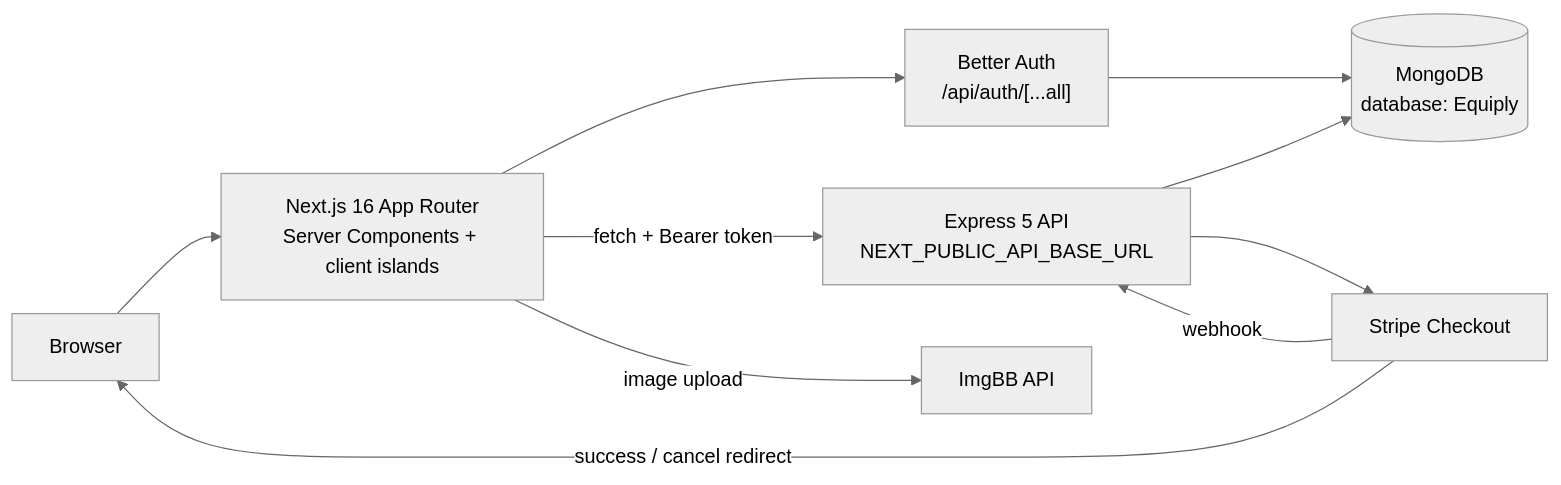
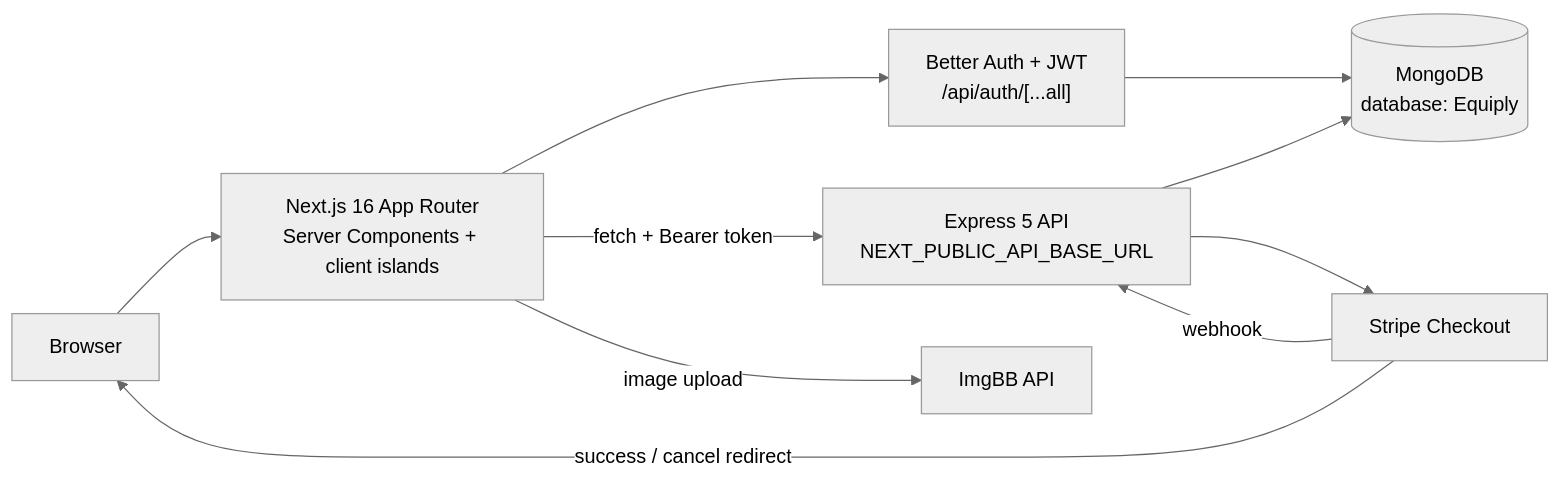
One commit to mdmoshiurrahman-dev/equiply-client changed the first of 2 diagrams in README.md. Above: the diagram before and after it, drawn with Mermaid (neutral theme). The commit also changed other lines of this file, not shown here.

````diff
--- a/README.md
+++ b/README.md
@@ -192,20 +195,20 @@
 ```mermaid
 flowchart LR
   Browser["Browser"]
   Next["Next.js 16 App Router<br/>Server Components + client islands"]
-  Auth["Better Auth<br/>/api/auth/[...all]"]
+  Auth["Better Auth + JWT<br/>/api/auth/[...all]"]
   DB[("MongoDB<br/>database: Equiply")]
   API["Express 5 API<br/>NEXT_PUBLIC_API_BASE_URL"]
   Stripe["Stripe Checkout"]
   ImgBB["ImgBB API"]
 
   Browser --> Next
   Next --> Auth
   Auth --> DB
   Next -->|"fetch + Bearer token"| API
   API --> DB
   Next -->|"image upload"| ImgBB
   API --> Stripe
   Stripe -->|"success / cancel redirect"| Browser
   Stripe -->|"webhook"| API
 ```
````
